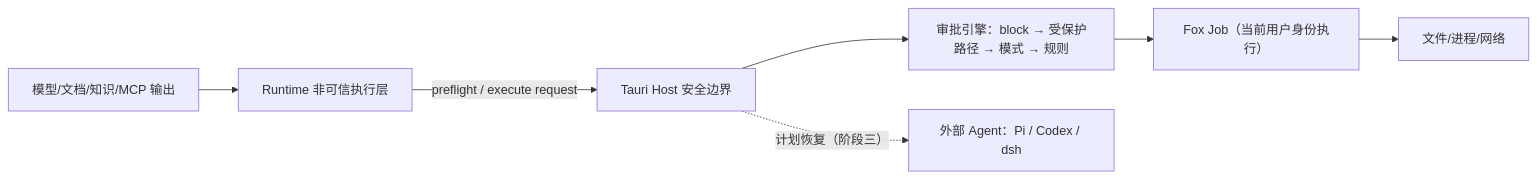
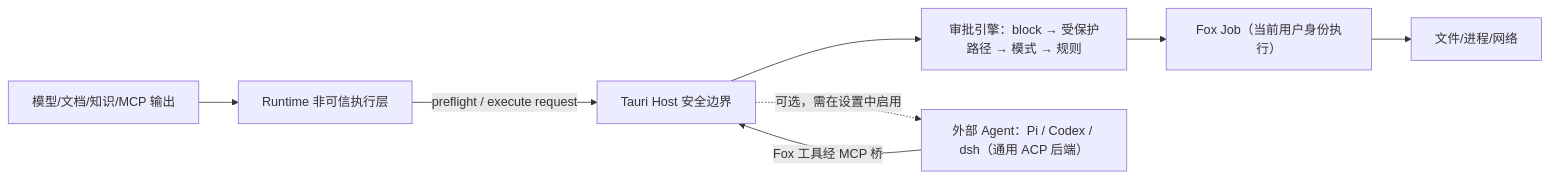
One commit to Hry1729/Fox-Agent changed the diagram in docs/02-架构/安全架构.md. Above: the diagram before and after it, drawn with Mermaid. The commit also changed other lines of this file and 8 other files, not shown here.

````diff
--- a/docs/02-架构/安全架构.md
+++ b/docs/02-架构/安全架构.md
@@ -14,9 +14,10 @@
 ```mermaid
 flowchart LR
     UNTRUST["模型/文档/知识/MCP 输出"] --> RUNTIME["Runtime 非可信执行层"]
     RUNTIME -->|"preflight / execute request"| HOST["Tauri Host 安全边界"]
     HOST --> POLICY["审批引擎：block → 受保护路径 → 模式 → 规则"]
     POLICY --> JOB["Fox Job（当前用户身份执行）"]
     JOB --> LOCAL["文件/进程/网络"]
-    HOST -.->|"计划恢复（阶段三）"| EXT["外部 Agent：Pi / Codex / dsh"]
+    HOST -.->|"可选，需在设置中启用"| EXT["外部 Agent：Pi / Codex / dsh（通用 ACP 后端）"]
+    EXT -->|"Fox 工具经 MCP 桥"| HOST
 ```
````
